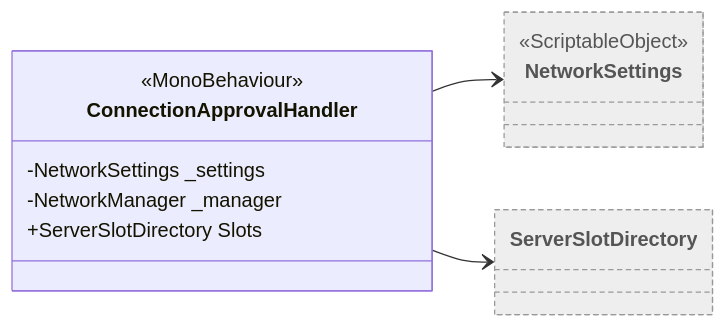
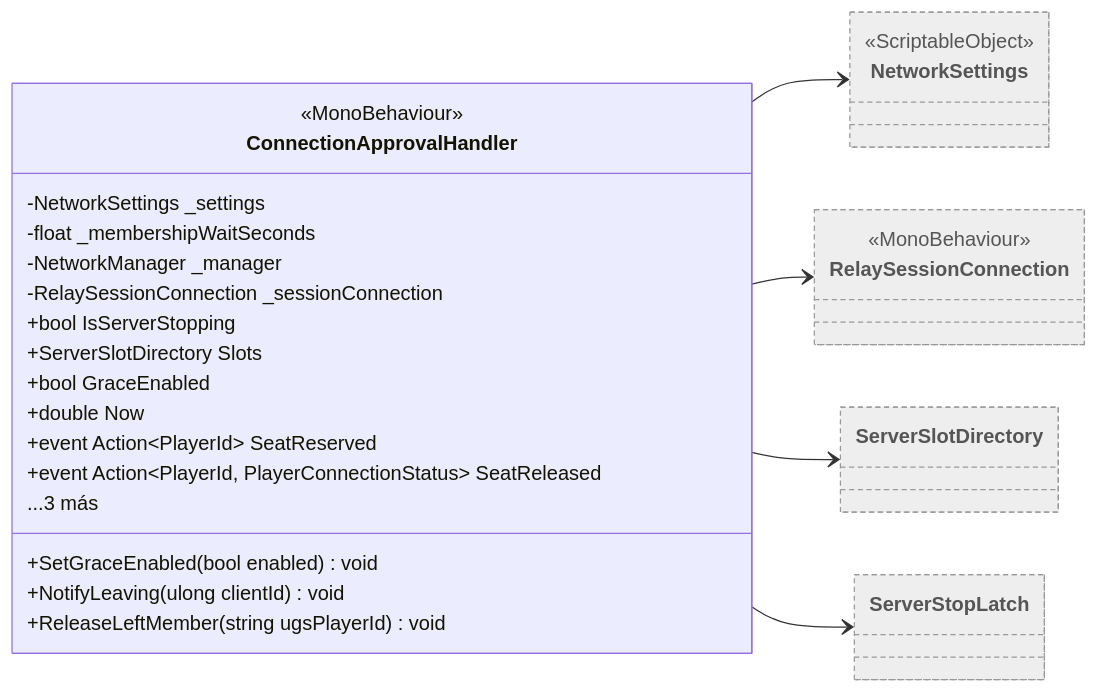
Before and after one commit to Chacashi/Alien-Farms: the diagram in Docs/Arquitectura/Clases/Networking/ConnectionApprovalHandler.md, drawn with Mermaid. The commit also changed other lines of this file and 257 other files, not shown here.

````diff
--- a/Docs/Arquitectura/Clases/Networking/ConnectionApprovalHandler.md
+++ b/Docs/Arquitectura/Clases/Networking/ConnectionApprovalHandler.md
@@ -18,16 +18,32 @@
 ```mermaid
 classDiagram
   direction LR
   class ConnectionApprovalHandler {
     <<MonoBehaviour>>
     -NetworkSettings _settings
+    -float _membershipWaitSeconds
     -NetworkManager _manager
+    -RelaySessionConnection _sessionConnection
+    +bool IsServerStopping
     +ServerSlotDirectory Slots
+    +bool GraceEnabled
+    +double Now
+    +event Action~PlayerId~ SeatReserved
+    +event Action~PlayerId, PlayerConnectionStatus~ SeatReleased
+    +SetGraceEnabled(bool enabled) void
+    +NotifyLeaving(ulong clientId) void
+    +ReleaseLeftMember(string ugsPlayerId) void
+    ...3 más
   }
   class NetworkSettings:::external
   <<ScriptableObject>> NetworkSettings
+  class RelaySessionConnection:::external
+  <<MonoBehaviour>> RelaySessionConnection
   class ServerSlotDirectory:::external
+  class ServerStopLatch:::external
   ConnectionApprovalHandler --> NetworkSettings
+  ConnectionApprovalHandler --> RelaySessionConnection
   ConnectionApprovalHandler --> ServerSlotDirectory
+  ConnectionApprovalHandler --> ServerStopLatch
   classDef external fill:#eee,stroke:#999,stroke-dasharray: 4 3,color:#555
 ```
````
